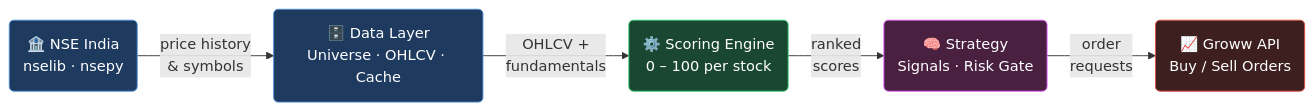
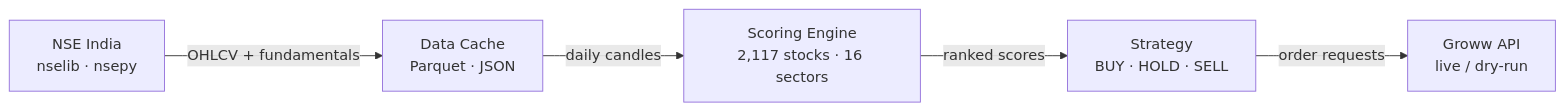
Before and after one commit to BitanSarkar/TradingBot: the first of 4 diagrams in README.md, drawn with Mermaid. The commit also changed other lines of this file and 15 other files, not shown here.

````diff
--- a/README.md
+++ b/README.md
@@ -42,19 +26,8 @@
 ```mermaid
 graph LR
-    A("🏦 NSE India\nnselib · nsepy")
-    B("🗄️ Data Layer\nUniverse · OHLCV · Cache")
-    C("⚙️ Scoring Engine\n0 – 100 per stock")
-    D("🧠 Strategy\nSignals · Risk Gate")
-    E("📈 Groww API\nBuy / Sell Orders")
-
-    A -->|price history\n& symbols| B
-    B -->|OHLCV +\nfundamentals| C
-    C -->|ranked\nscores| D
-    D -->|order\nrequests| E
-
-    style A fill:#1e3a5f,color:#fff,stroke:#4a90d9
-    style B fill:#1e3a5f,color:#fff,stroke:#4a90d9
-    style C fill:#1a4731,color:#fff,stroke:#2ecc71
-    style D fill:#4a2040,color:#fff,stroke:#e056fd
-    style E fill:#3d1f1f,color:#fff,stroke:#e74c3c
+    A["NSE India\nnselib · nsepy"] -->|OHLCV + fundamentals| B
+    B["Data Cache\nParquet · JSON"] -->|daily candles| C
+    C["Scoring Engine\n2,117 stocks · 16 sectors"] -->|ranked scores| D
+    D["Strategy\nBUY · HOLD · SELL"] -->|order requests| E
+    E["Groww API\nlive / dry-run"]
 ```
````
